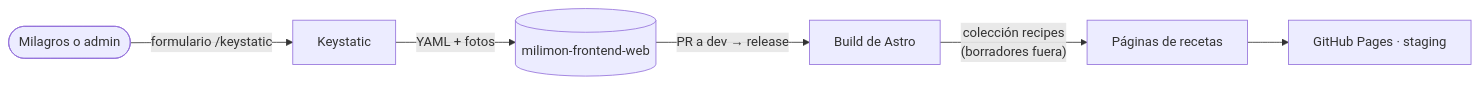
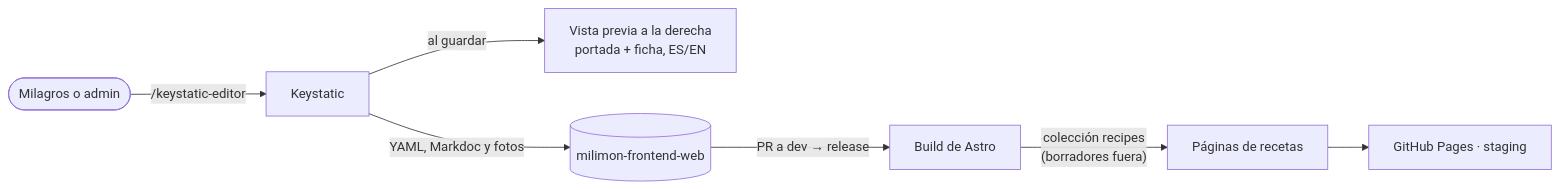
One commit to inzumer/milimon-docs changed the diagram in src/content/docs/como-funciona/contenido-y-recetas.md. Above: the diagram before and after it, drawn with Mermaid. The commit also changed other lines of this file, not shown here.

Commit message:
docs: blog, live preview and the RichText text types

````diff
--- a/src/content/docs/como-funciona/contenido-y-recetas.md
+++ b/src/content/docs/como-funciona/contenido-y-recetas.md
@@ -12,8 +13,9 @@
 ```mermaid
 flowchart LR
-  editora([Milagros o admin]) -- "formulario /keystatic" --> ks[Keystatic]
-  ks -- "YAML + fotos" --> repo[(milimon-frontend-web)]
+  editora([Milagros o admin]) -- "/keystatic-editor" --> ks[Keystatic]
+  ks -- "al guardar" --> preview[Vista previa a la derecha<br/>portada + ficha, ES/EN]
+  ks -- "YAML, Markdoc y fotos" --> repo[(milimon-frontend-web)]
   repo -- "PR a dev → release" --> build[Build de Astro]
   build -- "colección recipes<br/>(borradores fuera)" --> paginas[Páginas de recetas]
   paginas --> pages[GitHub Pages · staging]
 ```
````
